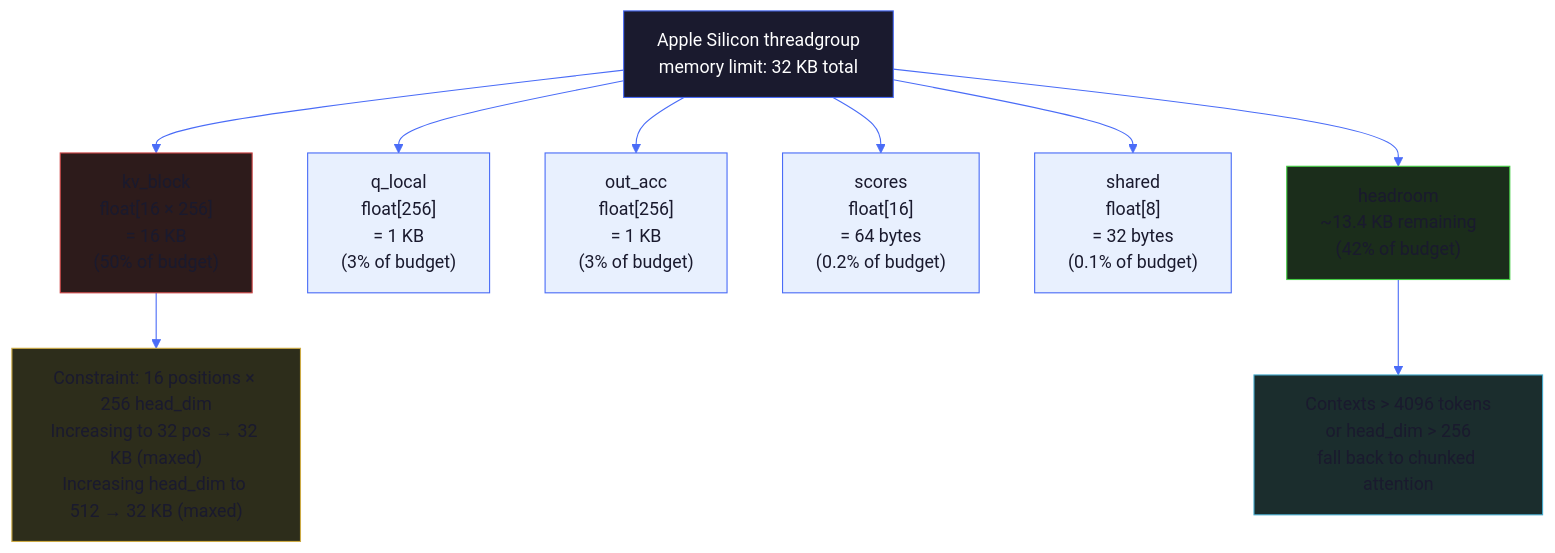
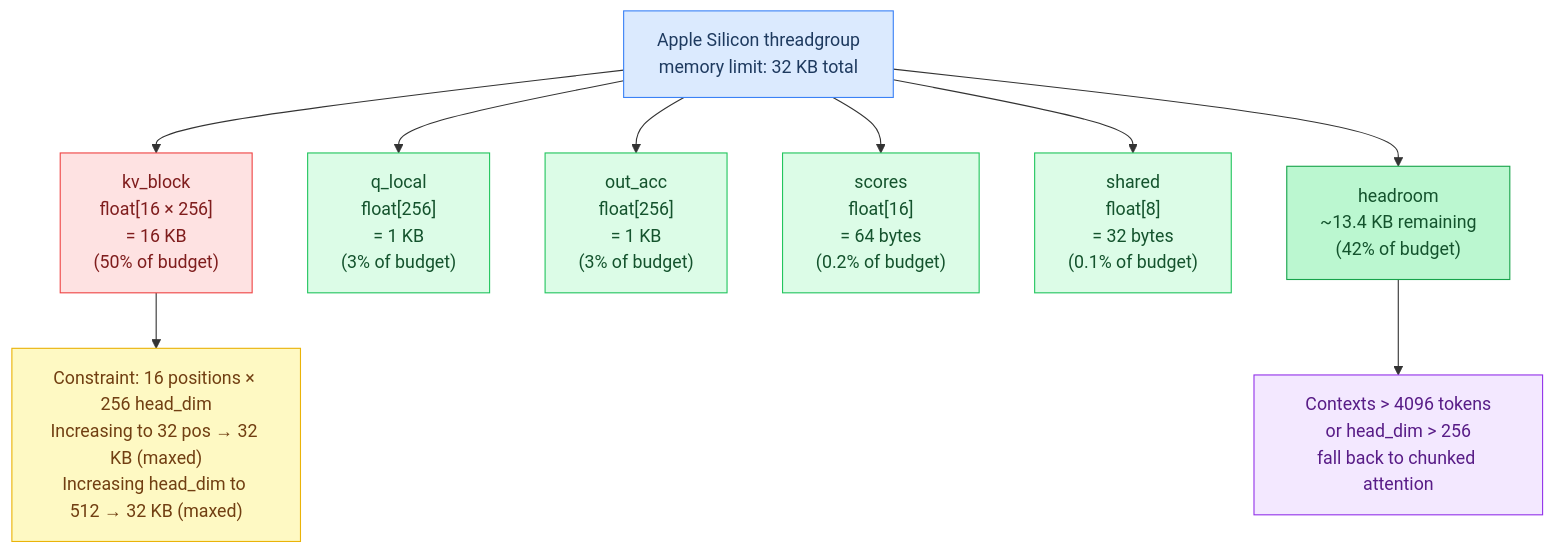
One commit to maci0/agave changed the sixth of 9 diagrams in docs/tutorial/11-metal-backend-internals.md. Above: the diagram before and after it, drawn with Mermaid. The commit also changed other lines of this file and 24 other files, not shown here.

First line of the commit message:
docs: convert all mermaid diagrams to classDef semantic colors

````diff
--- a/docs/tutorial/11-metal-backend-internals.md
+++ b/docs/tutorial/11-metal-backend-internals.md
@@ -544,34 +536,29 @@
 ```mermaid
-%%{init: {'theme': 'base', 'themeVariables': {
-  'primaryColor': '#e8f0fe',
-  'primaryTextColor': '#1a1a2e',
-  'primaryBorderColor': '#4a6cf7',
-  'lineColor': '#4a6cf7',
-  'secondaryColor': '#f0f4ff',
-  'tertiaryColor': '#f8f9ff',
-  'edgeLabelBackground': '#ffffff',
-  'clusterBkg': '#f0f4ff',
-  'clusterBorder': '#4a6cf7',
-  'titleColor': '#1a1a2e',
-  'nodeTextColor': '#1a1a2e',
-  'fontFamily': 'ui-monospace, SFMono-Regular, monospace'
-}}}%%
 flowchart TD
-    Budget["Apple Silicon threadgroup\nmemory limit: 32 KB total"]
+    classDef setup     fill:#dbeafe,stroke:#3b82f6,color:#1e3a5f
+    classDef sync      fill:#dcfce7,stroke:#22c55e,color:#14532d
+    classDef migration fill:#fef9c3,stroke:#eab308,color:#713f12
+    classDef success   fill:#bbf7d0,stroke:#16a34a,color:#14532d
+    classDef danger    fill:#fee2e2,stroke:#ef4444,color:#7f1d1d
+    classDef optional  fill:#f3e8ff,stroke:#9333ea,color:#581c87
 
-    Budget --> KV["kv_block\nfloat[16 × 256]\n= 16 KB\n(50% of budget)"]
-    Budget --> Q["q_local\nfloat[256]\n= 1 KB\n(3% of budget)"]
-    Budget --> Out["out_acc\nfloat[256]\n= 1 KB\n(3% of budget)"]
-    Budget --> Scores["scores\nfloat[16]\n= 64 bytes\n(0.2% of budget)"]
-    Budget --> Shared["shared\nfloat[8]\n= 32 bytes\n(0.1% of budget)"]
-    Budget --> Free["headroom\n~13.4 KB remaining\n(42% of budget)"]
+    Budget["Apple Silicon threadgroup\nmemory limit: 32 KB total"]:::setup
+    KV["kv_block\nfloat[16 × 256]\n= 16 KB\n(50% of budget)"]:::danger
+    Q["q_local\nfloat[256]\n= 1 KB\n(3% of budget)"]:::sync
+    Out["out_acc\nfloat[256]\n= 1 KB\n(3% of budget)"]:::sync
+    Scores["scores\nfloat[16]\n= 64 bytes\n(0.2% of budget)"]:::sync
+    Shared["shared\nfloat[8]\n= 32 bytes\n(0.1% of budget)"]:::sync
+    Free["headroom\n~13.4 KB remaining\n(42% of budget)"]:::success
+    Constraint["Constraint: 16 positions × 256 head_dim\nIncreasing to 32 pos → 32 KB (maxed)\nIncreasing head_dim to 512 → 32 KB (maxed)"]:::migration
+    Fallback["Contexts > 4096 tokens\nor head_dim > 256\nfall back to chunked attention"]:::optional
 
-    KV --> Constraint["Constraint: 16 positions × 256 head_dim\nIncreasing to 32 pos → 32 KB (maxed)\nIncreasing head_dim to 512 → 32 KB (maxed)"]
-    Free --> Fallback["Contexts > 4096 tokens\nor head_dim > 256\nfall back to chunked attention"]
+    Budget --> KV
+    Budget --> Q
+    Budget --> Out
+    Budget --> Scores
+    Budget --> Shared
+    Budget --> Free
 
-    style Budget fill:#1a1a2e,stroke:#4a6cf7,color:#ffffff
-    style KV fill:#2d1b1b,stroke:#cc4444
-    style Constraint fill:#2d2d1b,stroke:#ccaa44
-    style Fallback fill:#1b2d2d,stroke:#44aacc
-    style Free fill:#1b2d1b,stroke:#44cc44
+    KV --> Constraint
+    Free --> Fallback
 ```
````
